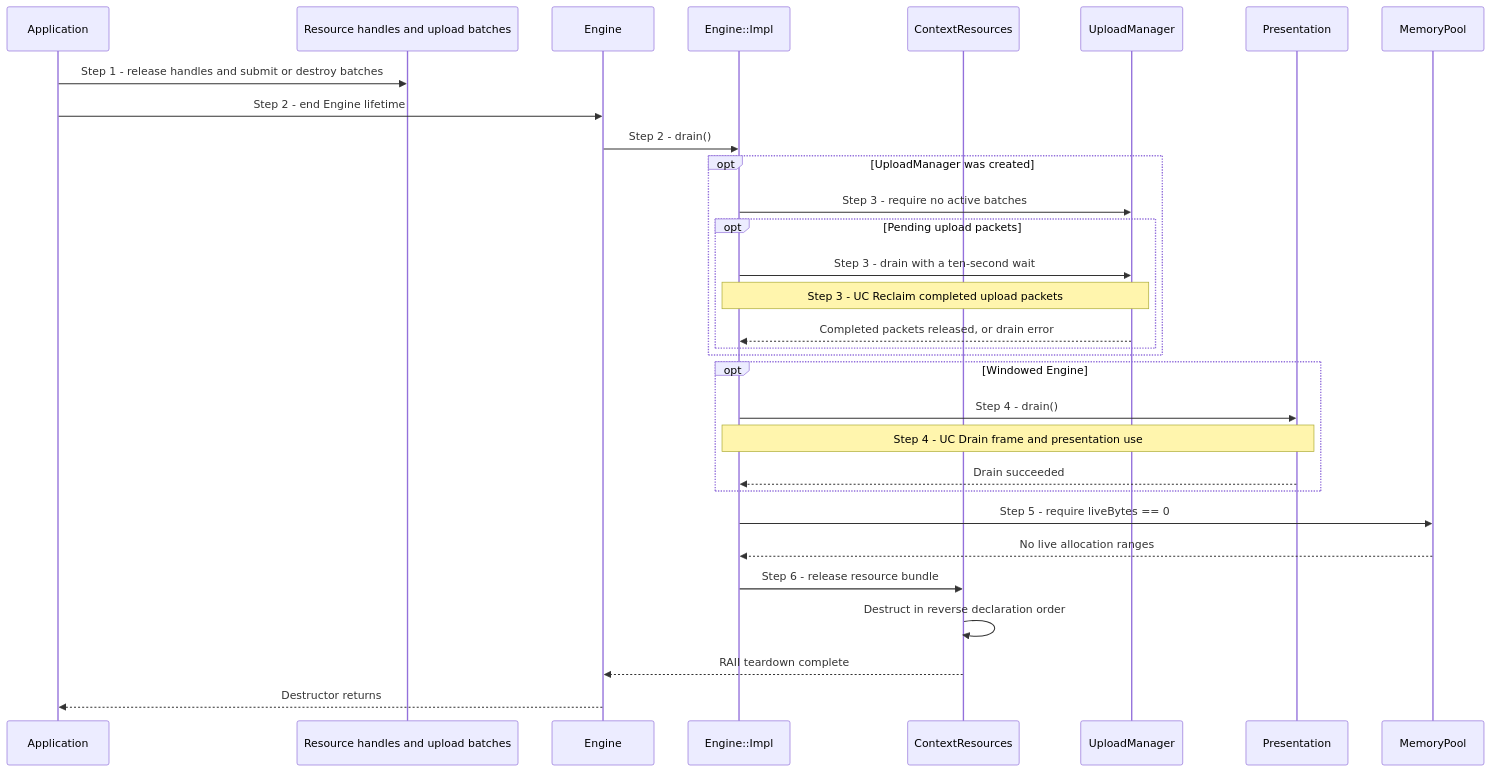
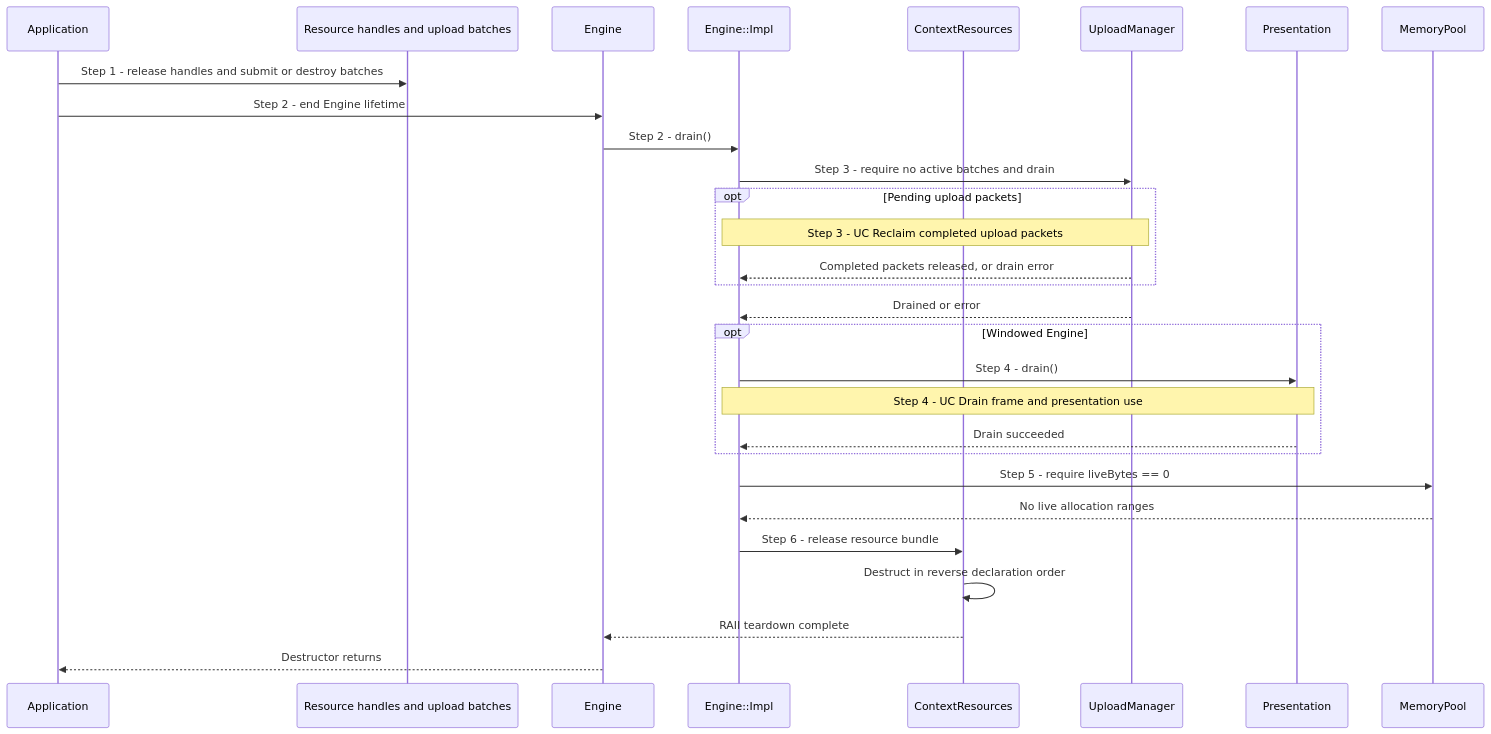
One commit to a-soltysik/Panda changed the diagram in docs/use-cases/shutdown-context.md. Above: the diagram before and after it, drawn with Mermaid. The commit also changed other lines of this file and 40 other files, not shown here.

````diff
--- a/docs/use-cases/shutdown-context.md
+++ b/docs/use-cases/shutdown-context.md
@@ -51,33 +51,31 @@
 ```mermaid
 sequenceDiagram
     participant A as Application
     participant H as Resource handles and upload batches
     participant C as Engine
     participant I as Engine::Impl
     participant R as ContextResources
     participant U as UploadManager
     participant P as Presentation
     participant M as MemoryPool
     A->>H: Step 1 - release handles and submit or destroy batches
     A->>C: Step 2 - end Engine lifetime
     C->>I: Step 2 - drain()
-    opt UploadManager was created
-        I->>U: Step 3 - require no active batches
-        opt Pending upload packets
-            I->>U: Step 3 - drain with a ten-second wait
-            Note over I,U: Step 3 - UC Reclaim completed upload packets
-            U-->>I: Completed packets released, or drain error
-        end
+    I->>U: Step 3 - require no active batches and drain
+    opt Pending upload packets
+        Note over I,U: Step 3 - UC Reclaim completed upload packets
+        U-->>I: Completed packets released, or drain error
     end
+    U-->>I: Drained or error
     opt Windowed Engine
         I->>P: Step 4 - drain()
         Note over I,P: Step 4 - UC Drain frame and presentation use
         P-->>I: Drain succeeded
     end
     I->>M: Step 5 - require liveBytes == 0
     M-->>I: No live allocation ranges
     I->>R: Step 6 - release resource bundle
     R->>R: Destruct in reverse declaration order
     R-->>C: RAII teardown complete
     C-->>A: Destructor returns
 ```
````
